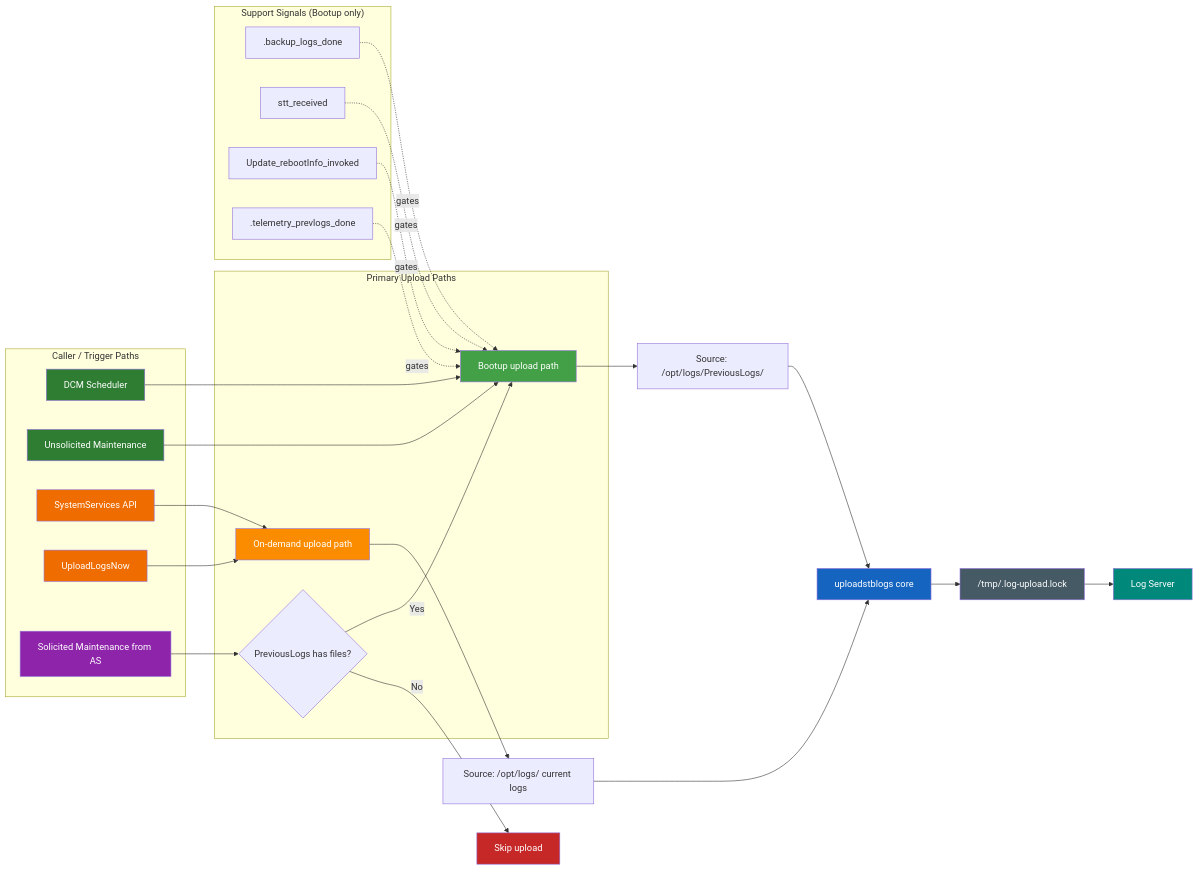
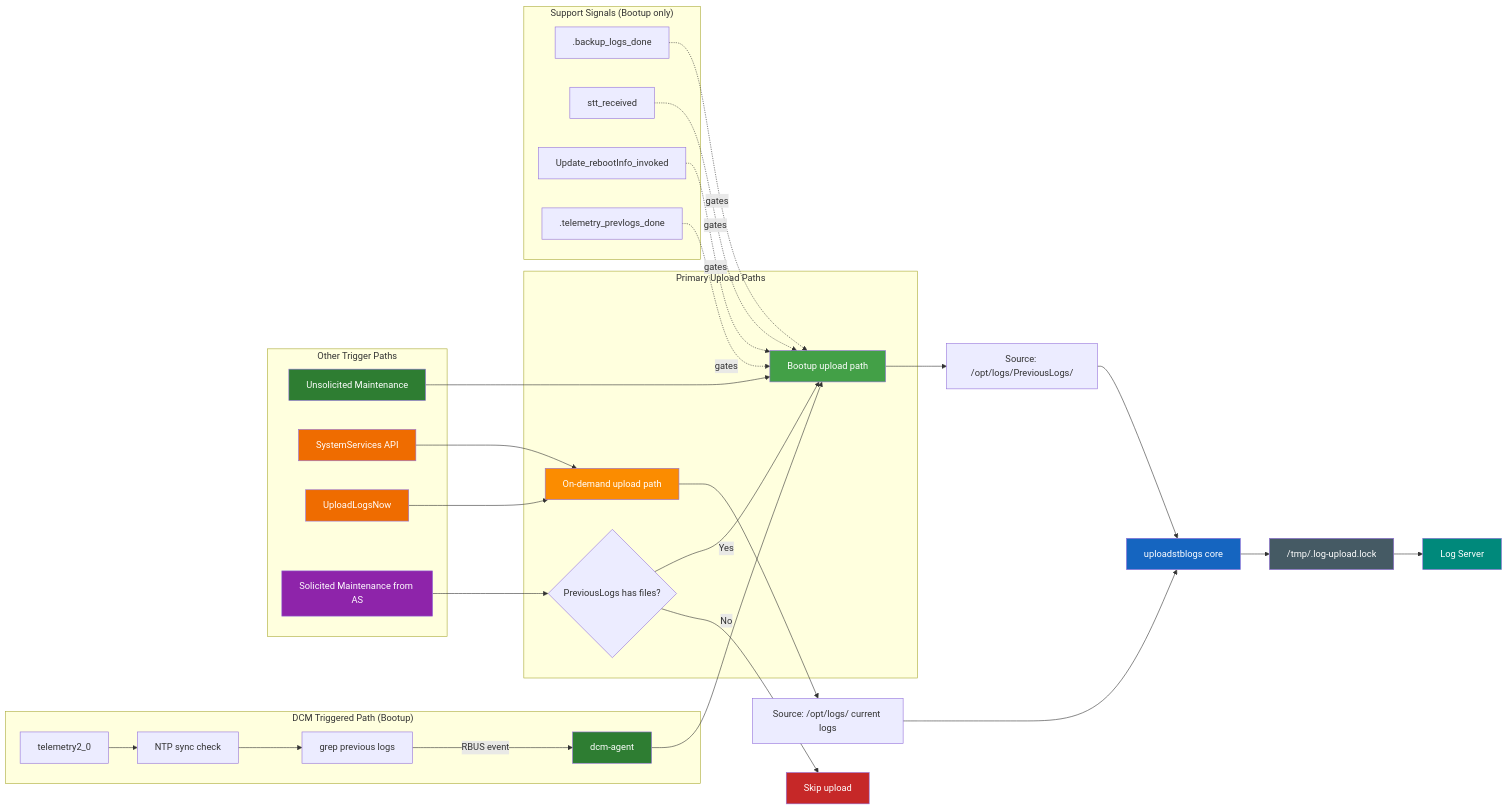
Before and after one commit to rdkcentral/dcm-agent: the first of 9 diagrams in openspec/Logupload-Synchronization/specs/slides.md, drawn with Mermaid.

````diff
--- a/openspec/Logupload-Synchronization/specs/slides.md
+++ b/openspec/Logupload-Synchronization/specs/slides.md
@@ -69,55 +69,61 @@
 ```mermaid
 graph LR
-  subgraph C["Caller / Trigger Paths"]
-    DCM["DCM Scheduler"]
+  subgraph T["DCM Triggered Path (Bootup)"]
+    TEL["telemetry2_0"] --> NTP_CHK["NTP sync check"]
+    NTP_CHK --> GREP["grep previous logs"]
+    GREP -->|RBUS event| DCM["dcm-agent"]
+  end
+
+  subgraph C["Other Trigger Paths"]
     UMM["Unsolicited Maintenance"]
     SS["SystemServices API"]
     ULN["UploadLogsNow"]
     AS["Solicited Maintenance from AS"]
   end
 
   subgraph P["Primary Upload Paths"]
     BUP["Bootup upload path"]
     ODP["On-demand upload path"]
     ASG{"PreviousLogs has files?"}
   end
 
   subgraph S["Support Signals (Bootup only)"]
     S1[".backup_logs_done"]
     S2["stt_received"]
     S3["Update_rebootInfo_invoked"]
     S4[".telemetry_prevlogs_done"]
   end
 
   DCM --> BUP
   UMM --> BUP
   SS --> ODP
   ULN --> ODP
   AS --> ASG
   ASG -->|No| SKIP["Skip upload"]
   ASG -->|Yes| BUP
 
   S1 -.gates.-> BUP
   S2 -.gates.-> BUP
   S3 -.gates.-> BUP
   S4 -.gates.-> BUP
 
   BUP --> PREV["Source: /opt/logs/PreviousLogs/"]
   ODP --> CURR["Source: /opt/logs/ current logs"]
   PREV --> CORE["uploadstblogs core"]
   CURR --> CORE
   CORE --> LOCK["/tmp/.log-upload.lock"]
   LOCK --> SERVER["Log Server"]
 
   style DCM fill:#2e7d32,color:#fff
   style UMM fill:#2e7d32,color:#fff
   style SS fill:#ef6c00,color:#fff
   style ULN fill:#ef6c00,color:#fff
   style AS fill:#8e24aa,color:#fff
   style BUP fill:#43a047,color:#fff
   style ODP fill:#fb8c00,color:#fff
   style SKIP fill:#c62828,color:#fff
   style CORE fill:#1565c0,color:#fff
   style LOCK fill:#455a64,color:#fff
   style SERVER fill:#00897b,color:#fff
+
 ```
````
